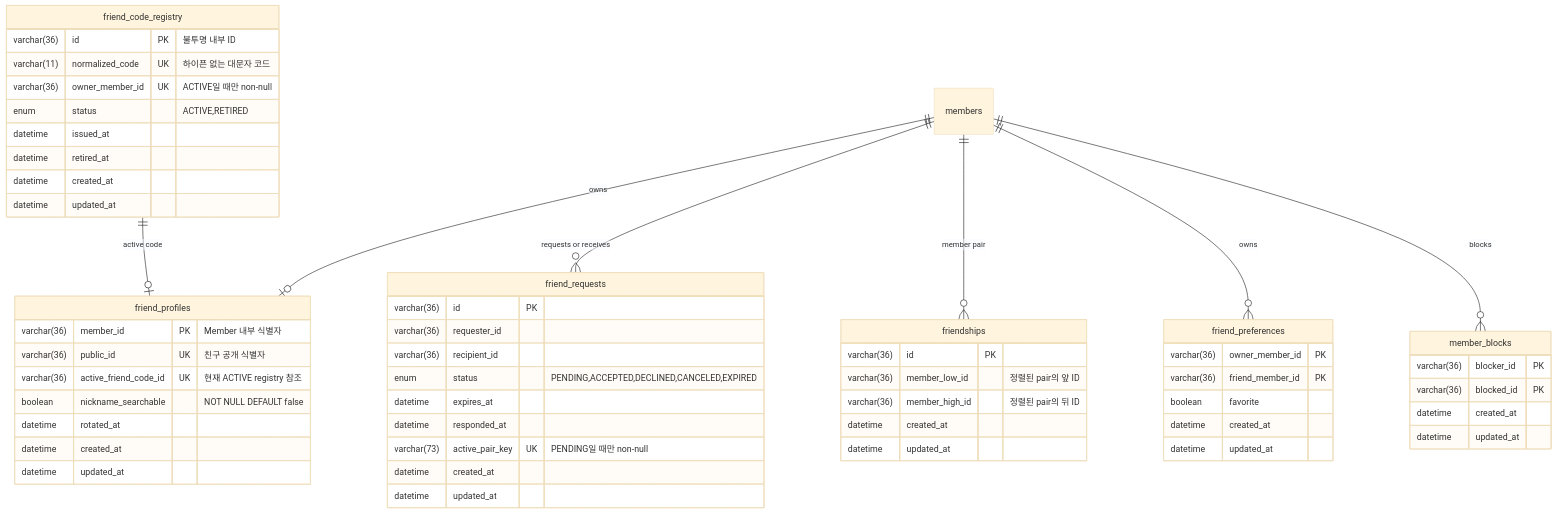
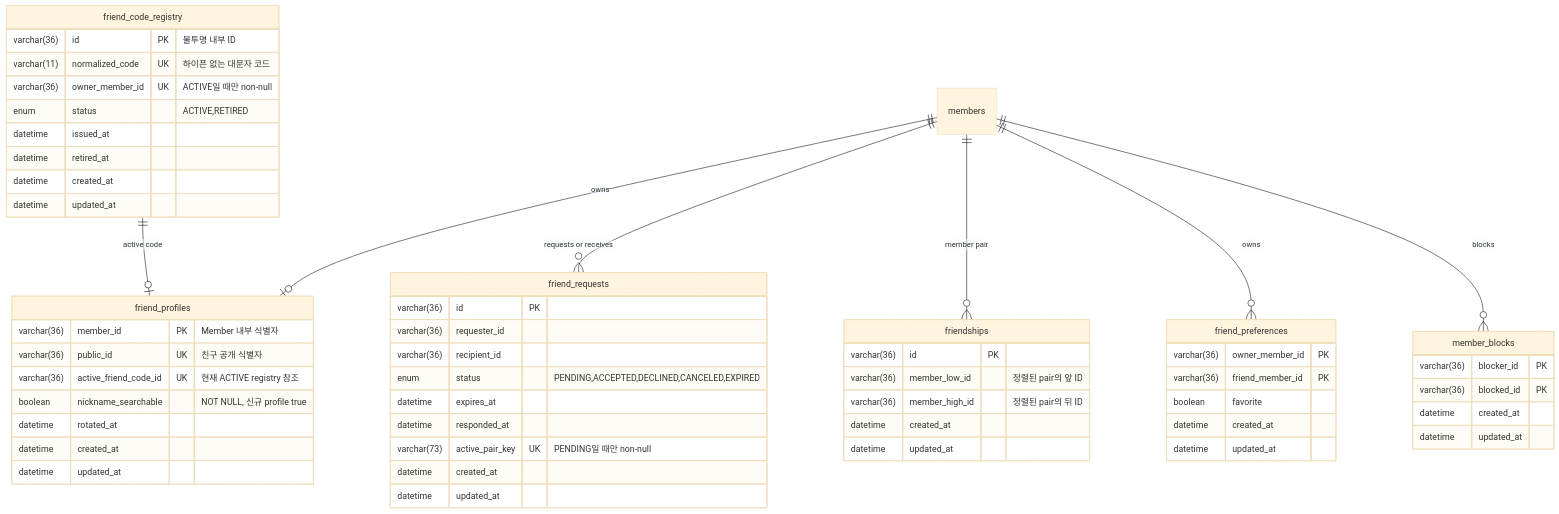
One commit to skuri-kr/SKURI-Backend changed the fifth of 5 diagrams in docs/erd.md. Above: the diagram before and after it, drawn with Mermaid (base theme). The commit also changed other lines of this file and 46 other files, not shown here.

````diff
--- a/docs/erd.md
+++ b/docs/erd.md
@@ -682,65 +683,65 @@
 ```mermaid
 erDiagram
     members ||--o| friend_profiles : "owns"
     friend_code_registry ||--o| friend_profiles : "active code"
     members ||--o{ friend_requests : "requests or receives"
     members ||--o{ friendships : "member pair"
     members ||--o{ friend_preferences : "owns"
     members ||--o{ member_blocks : "blocks"
 
     friend_profiles {
         varchar(36) member_id PK "Member 내부 식별자"
         varchar(36) public_id UK "친구 공개 식별자"
         varchar(36) active_friend_code_id UK "현재 ACTIVE registry 참조"
-        boolean nickname_searchable "NOT NULL DEFAULT false"
+        boolean nickname_searchable "NOT NULL, 신규 profile true"
         datetime rotated_at
         datetime created_at
         datetime updated_at
     }
 
     friend_code_registry {
         varchar(36) id PK "불투명 내부 ID"
         varchar(11) normalized_code UK "하이픈 없는 대문자 코드"
         varchar(36) owner_member_id UK "ACTIVE일 때만 non-null"
         enum status "ACTIVE,RETIRED"
         datetime issued_at
         datetime retired_at
         datetime created_at
         datetime updated_at
     }
 
     friend_requests {
         varchar(36) id PK
         varchar(36) requester_id
         varchar(36) recipient_id
         enum status "PENDING,ACCEPTED,DECLINED,CANCELED,EXPIRED"
         datetime expires_at
         datetime responded_at
         varchar(73) active_pair_key UK "PENDING일 때만 non-null"
         datetime created_at
         datetime updated_at
     }
 
     friendships {
         varchar(36) id PK
         varchar(36) member_low_id "정렬된 pair의 앞 ID"
         varchar(36) member_high_id "정렬된 pair의 뒤 ID"
         datetime created_at
         datetime updated_at
     }
 
     friend_preferences {
         varchar(36) owner_member_id PK
         varchar(36) friend_member_id PK
         boolean favorite
         datetime created_at
         datetime updated_at
     }
 
     member_blocks {
         varchar(36) blocker_id PK
         varchar(36) blocked_id PK
         datetime created_at
         datetime updated_at
     }
 ```
````
